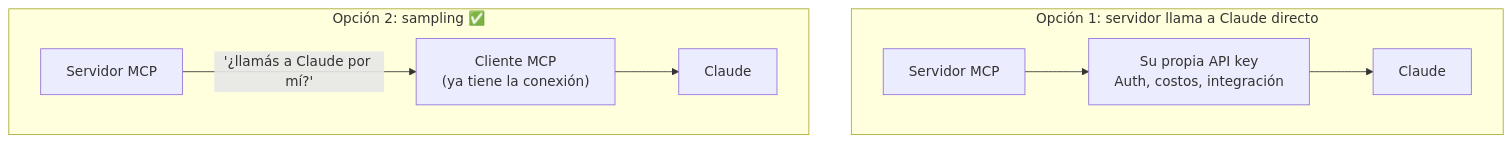
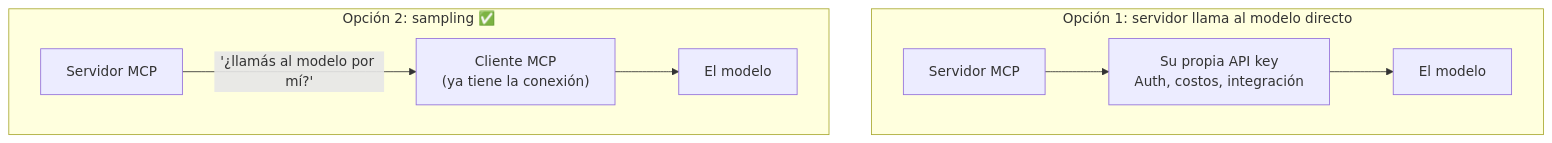
One commit to alvarezleonardo/MCP changed the first of 2 diagrams in Model Context Protocol_ Advanced Topics/01-sampling.md. Above: the diagram before and after it, drawn with Mermaid. The commit also changed other lines of this file and 14 other files, not shown here.

````diff
--- a/Model Context Protocol_ Advanced Topics/01-sampling.md
+++ b/Model Context Protocol_ Advanced Topics/01-sampling.md
@@ -11,11 +11,11 @@
 ```mermaid
 flowchart TB
-    subgraph O1["Opción 1: servidor llama a Claude directo"]
+    subgraph O1["Opción 1: servidor llama al modelo directo"]
         S1["Servidor MCP"] --> K["Su propia API key<br/>Auth, costos, integración"]
-        K --> C1["Claude"]
+        K --> C1["El modelo"]
     end
     subgraph O2["Opción 2: sampling ✅"]
-        S2["Servidor MCP"] -->|'¿llamás a Claude por mí?'| Cli["Cliente MCP<br/>(ya tiene la conexión)"]
-        Cli --> C2["Claude"]
+        S2["Servidor MCP"] -->|'¿llamás al modelo por mí?'| Cli["Cliente MCP<br/>(ya tiene la conexión)"]
+        Cli --> C2["El modelo"]
     end
 ```
````
